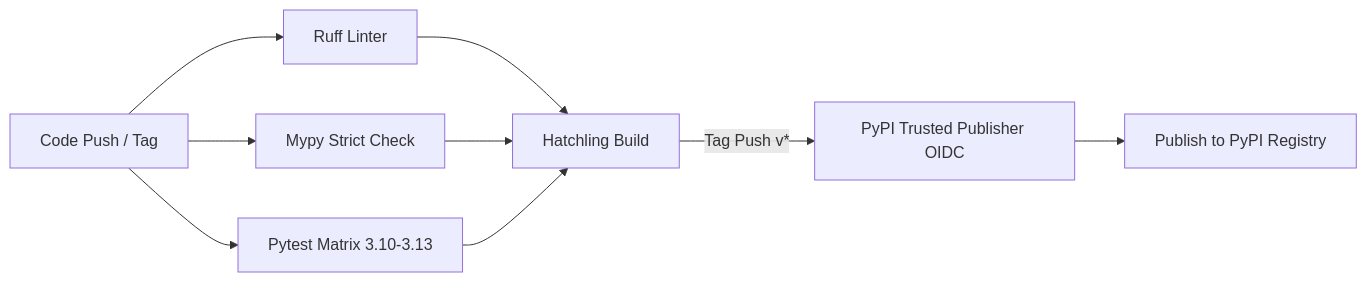
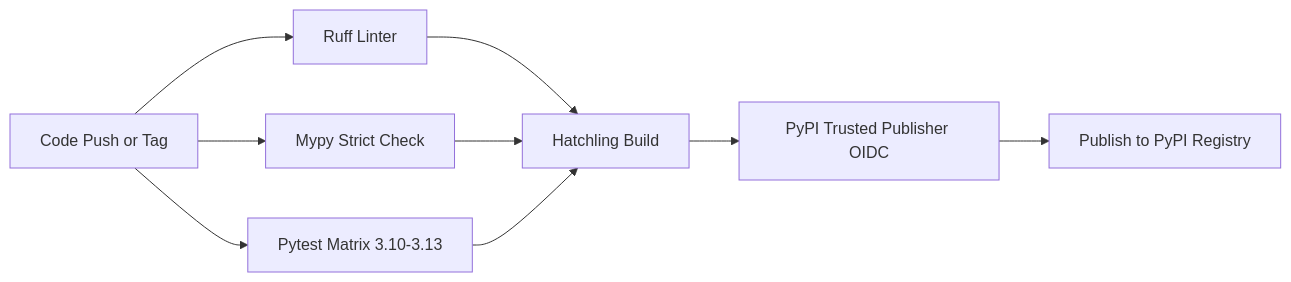
Before and after one commit to AhmadHassan-BTed/ShopifyAutoAuth: the third of 3 diagrams in README.md, drawn with Mermaid. The commit also changed other lines of this file, not shown here.

Commit message:
docs: fix Mermaid diagram syntax in README.md

````diff
--- a/README.md
+++ b/README.md
@@ -274,13 +269,13 @@
 ```mermaid
 flowchart LR
-    Push[Code Push / Tag] --> Lint[Ruff Linter]
+    Push[Code Push or Tag] --> Lint[Ruff Linter]
     Push --> TypeCheck[Mypy Strict Check]
     Push --> Test[Pytest Matrix 3.10-3.13]
     
     Lint --> Build[Hatchling Build]
     TypeCheck --> Build
     Test --> Build
 
-    Build -->|Tag Push v*| OIDC[PyPI Trusted Publisher OIDC]
+    Build --> OIDC[PyPI Trusted Publisher OIDC]
     OIDC --> PyPI[Publish to PyPI Registry]
 ```
````
